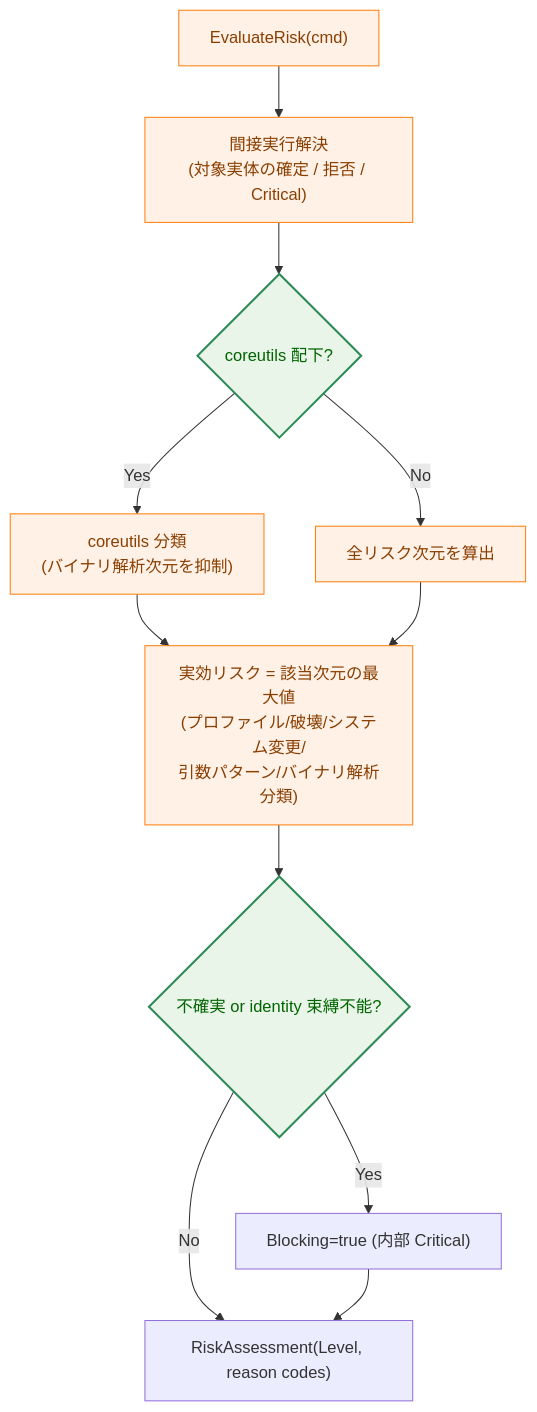
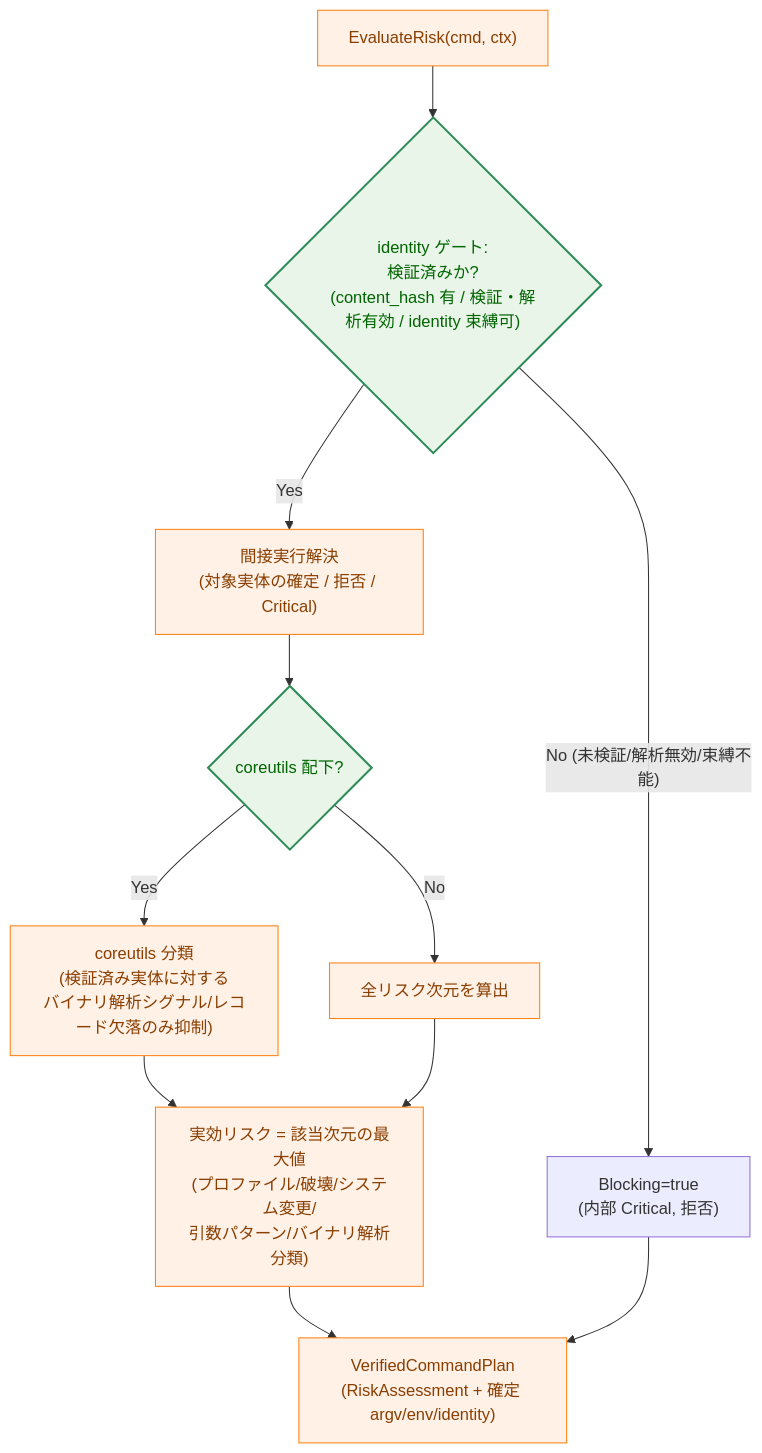
One commit to isseis/go-safe-cmd-runner changed diagram 11 of 12 in docs/tasks/0136_runtime_risk_evaluation_enforcement/02_architecture.md. Above: the diagram before and after it, drawn with Mermaid. The commit also changed other lines of this file, not shown here.

````diff
--- a/docs/tasks/0136_runtime_risk_evaluation_enforcement/02_architecture.md
+++ b/docs/tasks/0136_runtime_risk_evaluation_enforcement/02_architecture.md
@@ -550,19 +637,19 @@
 ```mermaid
 flowchart TD
     classDef process fill:#fff1e6,stroke:#ff7f0e,stroke-width:1px,color:#8a3e00;
     classDef enhanced fill:#e8f5e8,stroke:#2e8b57,stroke-width:2px,color:#006400;
 
-    S["EvaluateRisk(cmd)"] --> IR["間接実行解決<br>(対象実体の確定 / 拒否 / Critical)"]
+    S["EvaluateRisk(cmd, ctx)"] --> IDG{"identity ゲート:<br>検証済みか?<br>(content_hash 有 / 検証・解析有効 / identity 束縛可)"}
+    IDG -->|"No (未検証/解析無効/束縛不能)"| BLK["Blocking=true<br>(内部 Critical, 拒否)"]
+    IDG -->|"Yes"| IR["間接実行解決<br>(対象実体の確定 / 拒否 / Critical)"]
     IR --> CU{"coreutils 配下?"}
-    CU -->|"Yes"| CUC["coreutils 分類<br>(バイナリ解析次元を抑制)"]
+    CU -->|"Yes"| CUC["coreutils 分類<br>(検証済み実体に対する<br>バイナリ解析シグナル/レコード欠落のみ抑制)"]
     CU -->|"No"| DIM["全リスク次元を算出"]
     CUC --> MAX
     DIM --> MAX["実効リスク = 該当次元の最大値<br>(プロファイル/破壊/システム変更/<br>引数パターン/バイナリ解析分類)"]
-    MAX --> UNC{"不確実 or identity 束縛不能?"}
-    UNC -->|"Yes"| BLK["Blocking=true (内部 Critical)"]
-    UNC -->|"No"| OUT["RiskAssessment(Level, reason codes)"]
+    MAX --> OUT["VerifiedCommandPlan<br>(RiskAssessment + 確定 argv/env/identity)"]
     BLK --> OUT
 
-    class S,IR,CUC,DIM,MAX process
-    class CU,UNC enhanced
+    class S,IR,CUC,DIM,MAX,OUT process
+    class IDG,CU enhanced
 ```
````
